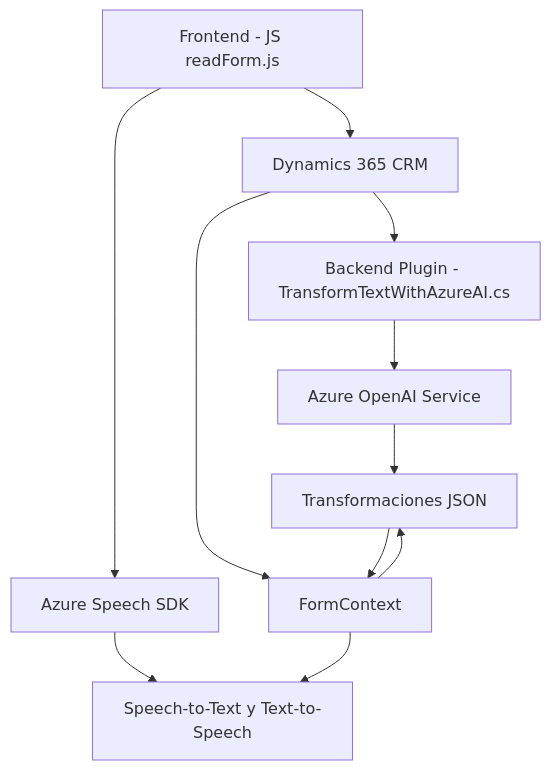
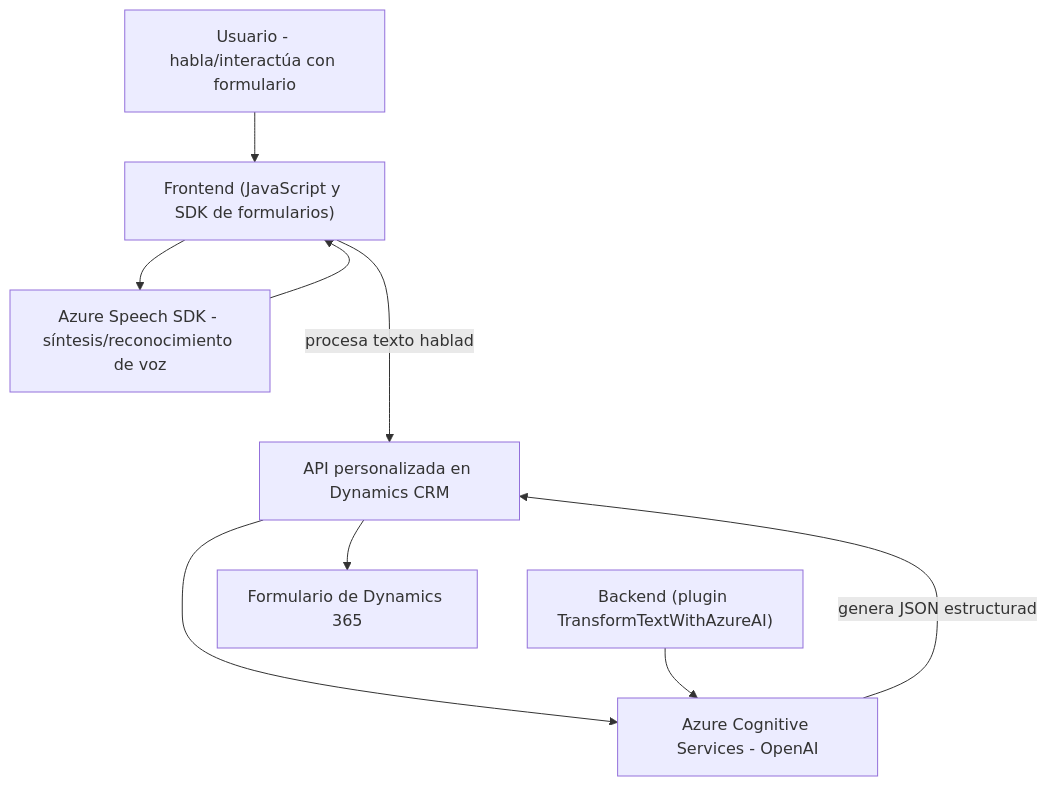
The diagram in README.md (blopezdm/NETCORE_BILBAO2025), drawn with Mermaid before and after one commit. The commit also changed other lines of this file, not shown here.

Commit message:
Actualizar análisis global de la solución con IA

````diff
--- a/README.md
+++ b/README.md
@@ -53,13 +56,19 @@
 ```mermaid
 graph TD
-    A["Frontend - JS readForm.js"] --> B["Azure Speech SDK"]
-    A --> C["Dynamics 365 CRM"]
-    C --> D["Backend Plugin - TransformTextWithAzureAI.cs"]
-    D --> E["Azure OpenAI Service"]
-    B --> F["Speech-to-Text y Text-to-Speech"]
-    C --> G["FormContext"]
-    E --> H["Transformaciones JSON"]
-    G --> F
-    G --> H
-    H --> G
+    A["Usuario - habla/interactúa con formulario"]
+    B["Frontend (JavaScript y SDK de formularios)"]
+    C["Azure Speech SDK - síntesis/reconocimiento de voz"]
+    D["API personalizada en Dynamics CRM"]
+    E["Azure Cognitive Services - OpenAI"]
+    F["Backend (plugin TransformTextWithAzureAI)"]
+    G["Formulario de Dynamics 365"]
+
+    A --> B
+    B --> C
+    C --> B
+    B --procesa texto hablado--> D
+    D --> E
+    E --genera JSON estructurado--> D
+    D --> G
+    F --> E
 ```
````
